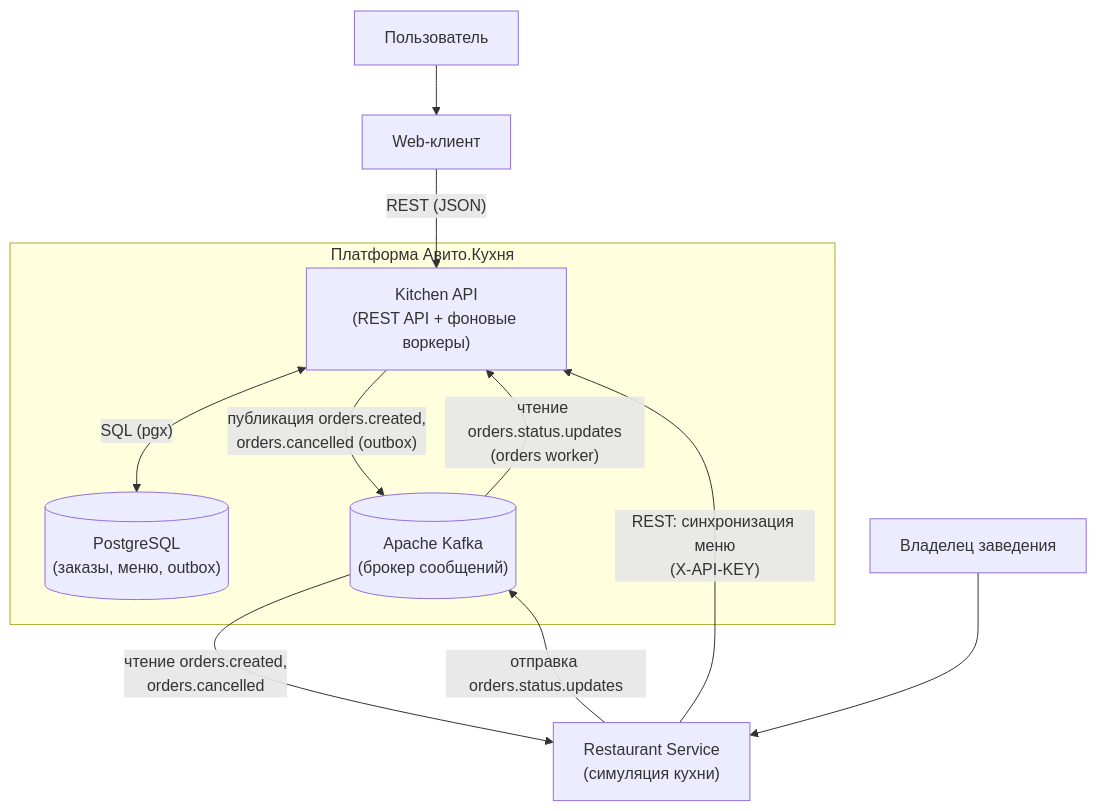
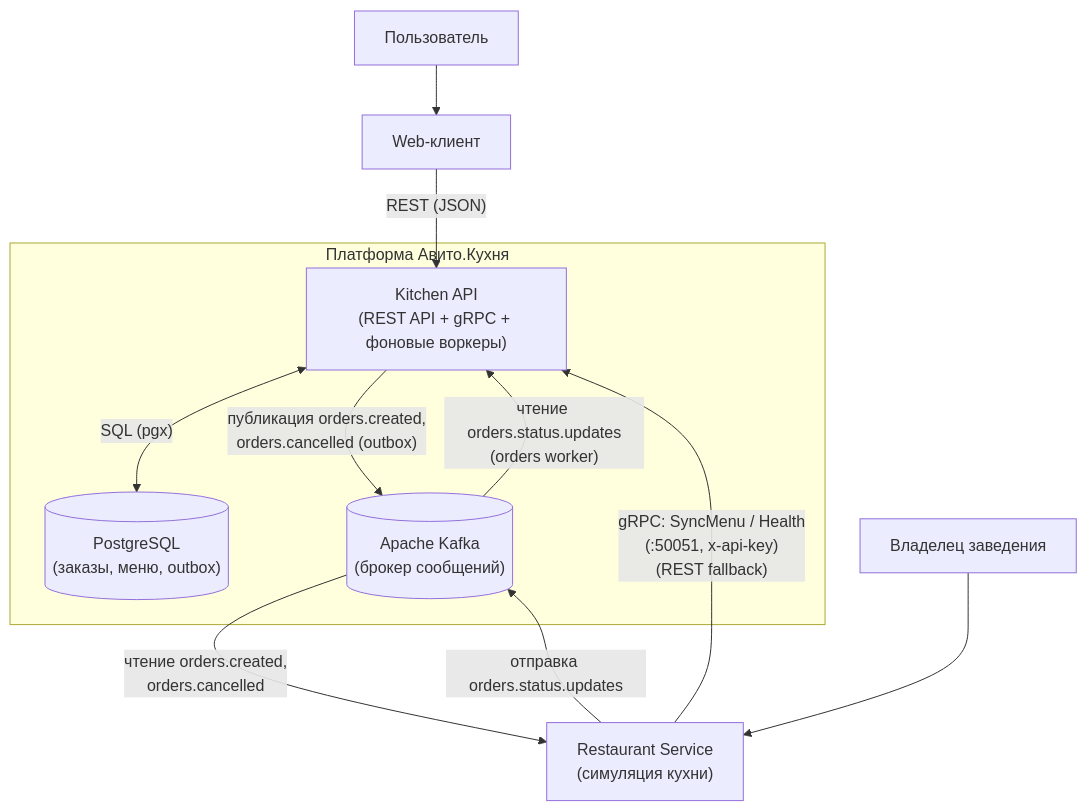
The diagram in docs/c4-level2.md (R0uT3r52/kitchen-api), drawn with Mermaid before and after one commit. The commit also changed other lines of this file and 3 other files, not shown here.

````diff
--- a/docs/c4-level2.md
+++ b/docs/c4-level2.md
@@ -3,26 +3,26 @@
 ```mermaid
 flowchart TB
     User["Пользователь"]
     Owner["Владелец заведения"]
 
     Client["Web-клиент"]
     RS["Restaurant Service<br/>(симуляция кухни)"]
 
     subgraph Platform ["Платформа Авито.Кухня"]
-        API["Kitchen API<br/>(REST API + фоновые воркеры)"]
+        API["Kitchen API<br/>(REST API + gRPC + фоновые воркеры)"]
         DB[("PostgreSQL<br/>(заказы, меню, outbox)")]
         Kafka[("Apache Kafka<br/>(брокер сообщений)")]
     end
 
     User --> Client
     Client -->|"REST (JSON)"| API
     API <-->|"SQL (pgx)"| DB
 
     API -->|"публикация orders.created,<br/>orders.cancelled (outbox)"| Kafka
     Kafka -->|"чтение orders.status.updates<br/>(orders worker)"| API
 
     Owner --> RS
-    RS -->|"REST: синхронизация меню<br/>(X-API-KEY)"| API
+    RS -->|"gRPC: SyncMenu / Health<br/>(:50051, x-api-key)<br/>(REST fallback)"| API
     Kafka -->|"чтение orders.created,<br/>orders.cancelled"| RS
     RS -->|"отправка orders.status.updates"| Kafka
 ```
````
